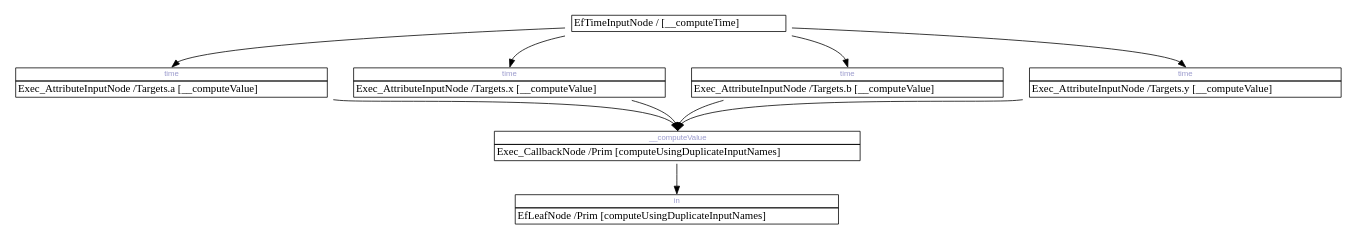
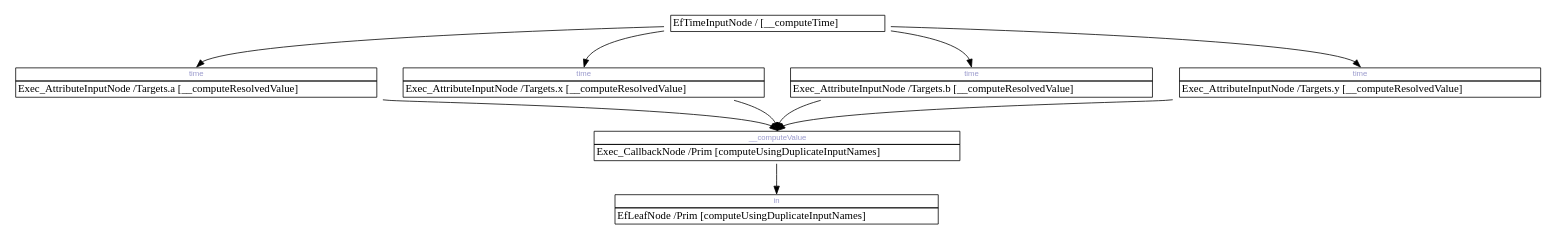
One commit to cpichard/USD changed the diagram in pxr/exec/execUsd/testenv/testExecUsdRecompilation/baseline/TestRecompileDuplicateInputNames-3.dot. Above: the diagram before and after it, drawn with Graphviz. The commit also changed 45 other files, not shown here.

First line of the commit message:
OpenExec: Introduce attribute expressions

```diff
--- a/pxr/exec/execUsd/testenv/testExecUsdRecompilation/baseline/TestRecompileDuplicateInputNames-3.dot
+++ b/pxr/exec/execUsd/testenv/testExecUsdRecompilation/baseline/TestRecompileDuplicateInputNames-3.dot
@@ -1,55 +1,55 @@
 digraph network {
 	rankdir=TB;
 	page="8.5, 11";
 
 	node [shape=plaintext];
 		"0x7f562aee04e0" [label=<
 		<TABLE BORDER="0" CELLBORDER="1" CELLSPACING="0">
 			<TR><TD COLSPAN="1"> EfTimeInputNode / [__computeTime] </TD></TR>
 		</TABLE>>];
 	node [shape=plaintext];
 		"0x7f562ee30400" [label=<
 		<TABLE BORDER="0" CELLBORDER="1" CELLSPACING="0">
 			<TR><TD PORT="0x7f5625d04900" COLSPAN="1"><FONT POINT-SIZE="10" FACE="Arial" COLOR="#9999cc">time</FONT></TD></TR>
-			<TR><TD COLSPAN="1"> Exec_AttributeInputNode /Targets.a [__computeValue] </TD></TR>
+			<TR><TD COLSPAN="1"> Exec_AttributeInputNode /Targets.a [__computeResolvedValue] </TD></TR>
 		</TABLE>>];
 	node [shape=plaintext];
 		"0x7f562802fa00" [label=<
 		<TABLE BORDER="0" CELLBORDER="1" CELLSPACING="0">
 			<TR><TD PORT="0x7f5625bb0e00" COLSPAN="1"><FONT POINT-SIZE="10" FACE="Arial" COLOR="#9999cc">time</FONT></TD></TR>
-			<TR><TD COLSPAN="1"> Exec_AttributeInputNode /Targets.x [__computeValue] </TD></TR>
+			<TR><TD COLSPAN="1"> Exec_AttributeInputNode /Targets.x [__computeResolvedValue] </TD></TR>
 		</TABLE>>];
 	node [shape=plaintext];
 		"0x7f563171d470" [label=<
 		<TABLE BORDER="0" CELLBORDER="1" CELLSPACING="0">
 			<TR><TD PORT="0x7f5635ae53d0" COLSPAN="1"><FONT POINT-SIZE="10" FACE="Arial" COLOR="#9999cc">__computeValue</FONT></TD></TR>
 			<TR><TD COLSPAN="1"> Exec_CallbackNode /Prim [computeUsingDuplicateInputNames] </TD></TR>
 		</TABLE>>];
 	node [shape=plaintext];
 		"0x7f5635ae91c0" [label=<
 		<TABLE BORDER="0" CELLBORDER="1" CELLSPACING="0">
 			<TR><TD PORT="0x7f560b48edc0" COLSPAN="1"><FONT POINT-SIZE="10" FACE="Arial" COLOR="#9999cc">in</FONT></TD></TR>
 			<TR><TD COLSPAN="1"> EfLeafNode /Prim [computeUsingDuplicateInputNames] </TD></TR>
 		</TABLE>>];
 	node [shape=plaintext];
 		"0x7f562602f100" [label=<
 		<TABLE BORDER="0" CELLBORDER="1" CELLSPACING="0">
 			<TR><TD PORT="0x7f5634cbf170" COLSPAN="1"><FONT POINT-SIZE="10" FACE="Arial" COLOR="#9999cc">time</FONT></TD></TR>
-			<TR><TD COLSPAN="1"> Exec_AttributeInputNode /Targets.b [__computeValue] </TD></TR>
+			<TR><TD COLSPAN="1"> Exec_AttributeInputNode /Targets.b [__computeResolvedValue] </TD></TR>
 		</TABLE>>];
 	node [shape=plaintext];
 		"0x7f562eed3c00" [label=<
 		<TABLE BORDER="0" CELLBORDER="1" CELLSPACING="0">
 			<TR><TD PORT="0x7f560b5216e0" COLSPAN="1"><FONT POINT-SIZE="10" FACE="Arial" COLOR="#9999cc">time</FONT></TD></TR>
-			<TR><TD COLSPAN="1"> Exec_AttributeInputNode /Targets.y [__computeValue] </TD></TR>
+			<TR><TD COLSPAN="1"> Exec_AttributeInputNode /Targets.y [__computeResolvedValue] </TD></TR>
 		</TABLE>>];
 		"0x7f562aee04e0" -> "0x7f562ee30400":"0x7f5625d04900":n;
 		"0x7f562aee04e0" -> "0x7f562802fa00":"0x7f5625bb0e00":n;
 		"0x7f562ee30400" -> "0x7f563171d470":"0x7f5635ae53d0":n;
 		"0x7f562602f100" -> "0x7f563171d470":"0x7f5635ae53d0":n;
 		"0x7f562802fa00" -> "0x7f563171d470":"0x7f5635ae53d0":n;
 		"0x7f562eed3c00" -> "0x7f563171d470":"0x7f5635ae53d0":n;
 		"0x7f563171d470" -> "0x7f5635ae91c0":"0x7f560b48edc0":n;
 		"0x7f562aee04e0" -> "0x7f562602f100":"0x7f5634cbf170":n;
 		"0x7f562aee04e0" -> "0x7f562eed3c00":"0x7f560b5216e0":n;
 }
```
